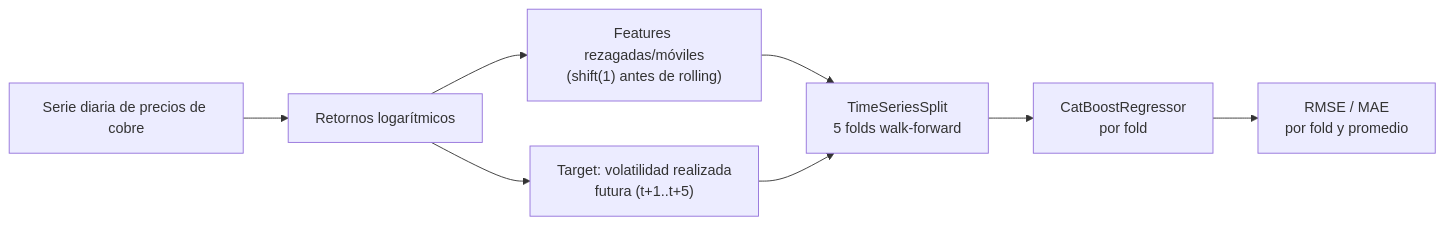
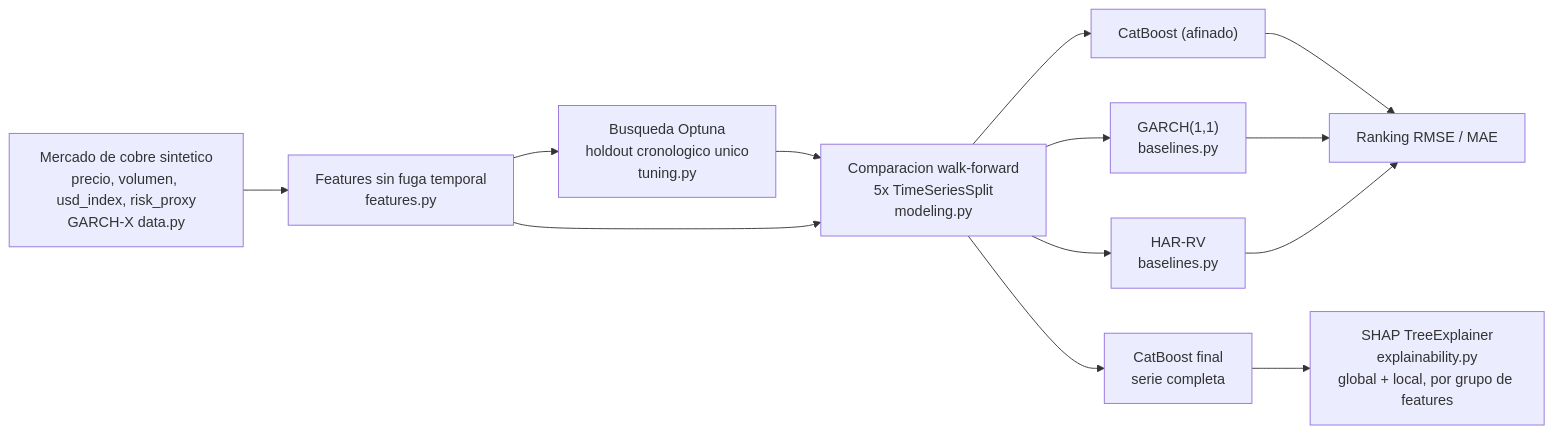
One commit to Rxyxs/copper-volatility-forecaster changed the diagram in README.es.md. Above: the diagram before and after it, drawn with Mermaid. The commit also changed other lines of this file and 20 other files, not shown here.

Commit message:
feat: CatBoost with Optuna optimization and GARCH baseline comparison

````diff
--- a/README.es.md
+++ b/README.es.md
@@ -45,10 +60,15 @@
 ```mermaid
 flowchart LR
-    A[Serie diaria de precios de cobre] --> B[Retornos logarítmicos]
-    B --> C["Features rezagadas/móviles<br/>(shift(1) antes de rolling)"]
-    B --> D["Target: volatilidad realizada<br/>futura (t+1..t+5)"]
-    C --> E[TimeSeriesSplit<br/>5 folds walk-forward]
-    D --> E
-    E --> F[CatBoostRegressor<br/>por fold]
-    F --> G[RMSE / MAE<br/>por fold y promedio]
+    A["Mercado de cobre sintetico<br/>precio, volumen, usd_index, risk_proxy<br/>GARCH-X data.py"] --> B["Features sin fuga temporal<br/>features.py"]
+    B --> C["Busqueda Optuna<br/>holdout cronologico unico<br/>tuning.py"]
+    C --> D["Comparacion walk-forward<br/>5x TimeSeriesSplit<br/>modeling.py"]
+    B --> D
+    D --> E1["CatBoost (afinado)"]
+    D --> E2["GARCH(1,1)<br/>baselines.py"]
+    D --> E3["HAR-RV<br/>baselines.py"]
+    E1 --> F["Ranking RMSE / MAE"]
+    E2 --> F
+    E3 --> F
+    D --> G["CatBoost final<br/>serie completa"]
+    G --> H["SHAP TreeExplainer<br/>explainability.py<br/>global + local, por grupo de features"]
 ```
````
